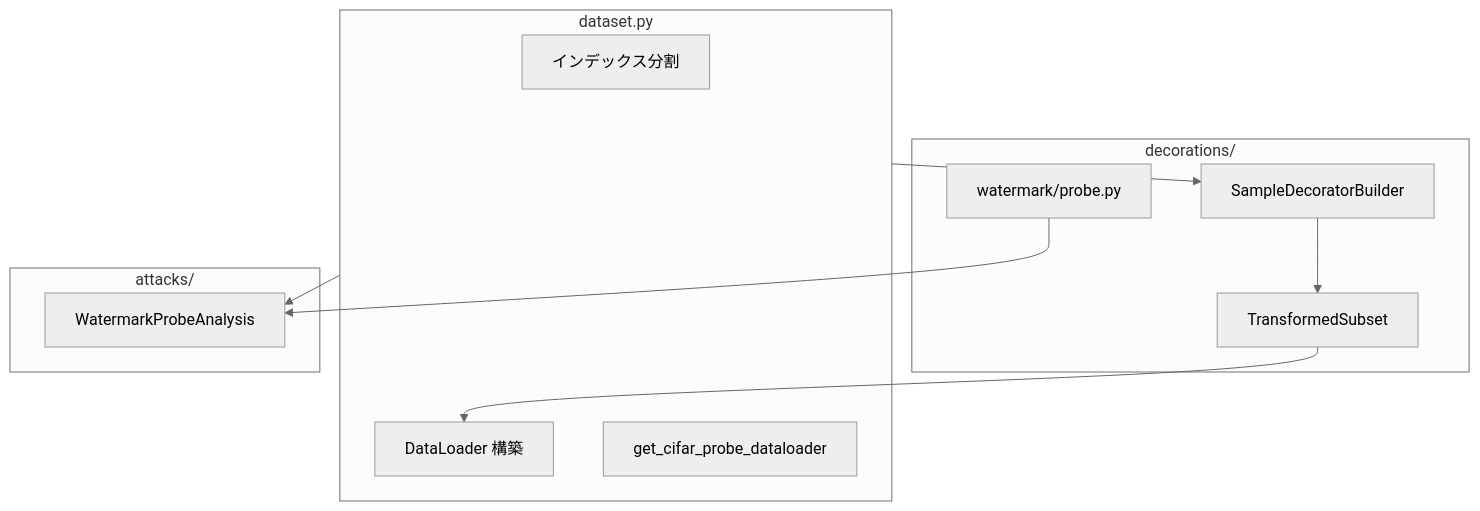
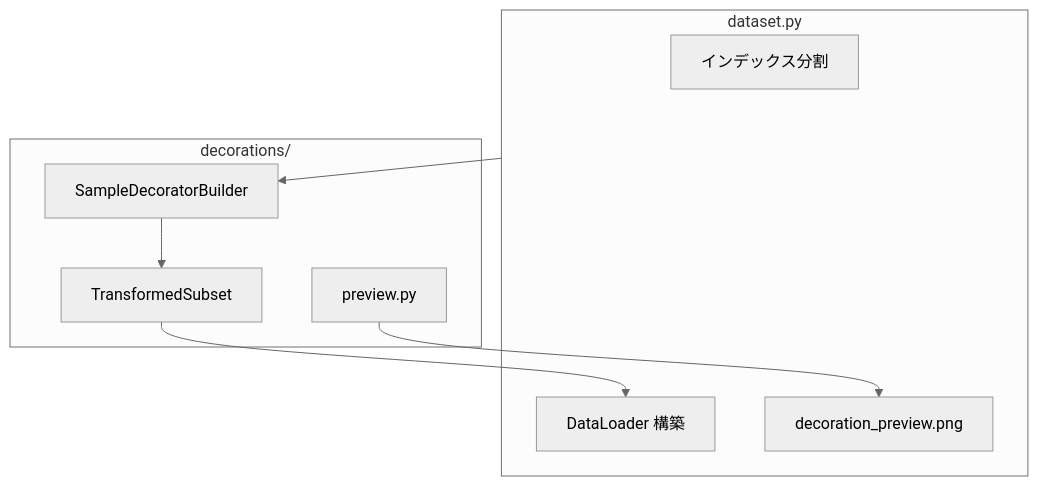
Before and after one commit to GoldenPoisonedApple/MIAOS: the fourth of 13 diagrams in worker/docs/SPECIFICATION.md, drawn with Mermaid (neutral theme). The commit also changed other lines of this file and 12 other files, not shown here.

````diff
--- a/worker/docs/SPECIFICATION.md
+++ b/worker/docs/SPECIFICATION.md
@@ -109,22 +104,18 @@
 ```mermaid
 flowchart TB
     subgraph datasetLayer ["dataset.py"]
         split["インデックス分割"]
         dl["DataLoader 構築"]
-        cifarProbe["get_cifar_probe_dataloader"]
+        preview["decoration_preview.png"]
     end
     subgraph decorationsLayer ["decorations/"]
         builder["SampleDecoratorBuilder"]
         subset["TransformedSubset"]
-        wmProbe["watermark/probe.py"]
-    end
-    subgraph attacksLayer ["attacks/"]
-        wp["WatermarkProbeAnalysis"]
+        prevMod["preview.py"]
     end
 
   datasetLayer --> builder
   builder --> subset
   subset --> dl
-  wmProbe --> wp
-  datasetLayer --> wp
+  prevMod --> preview
 ```
````
